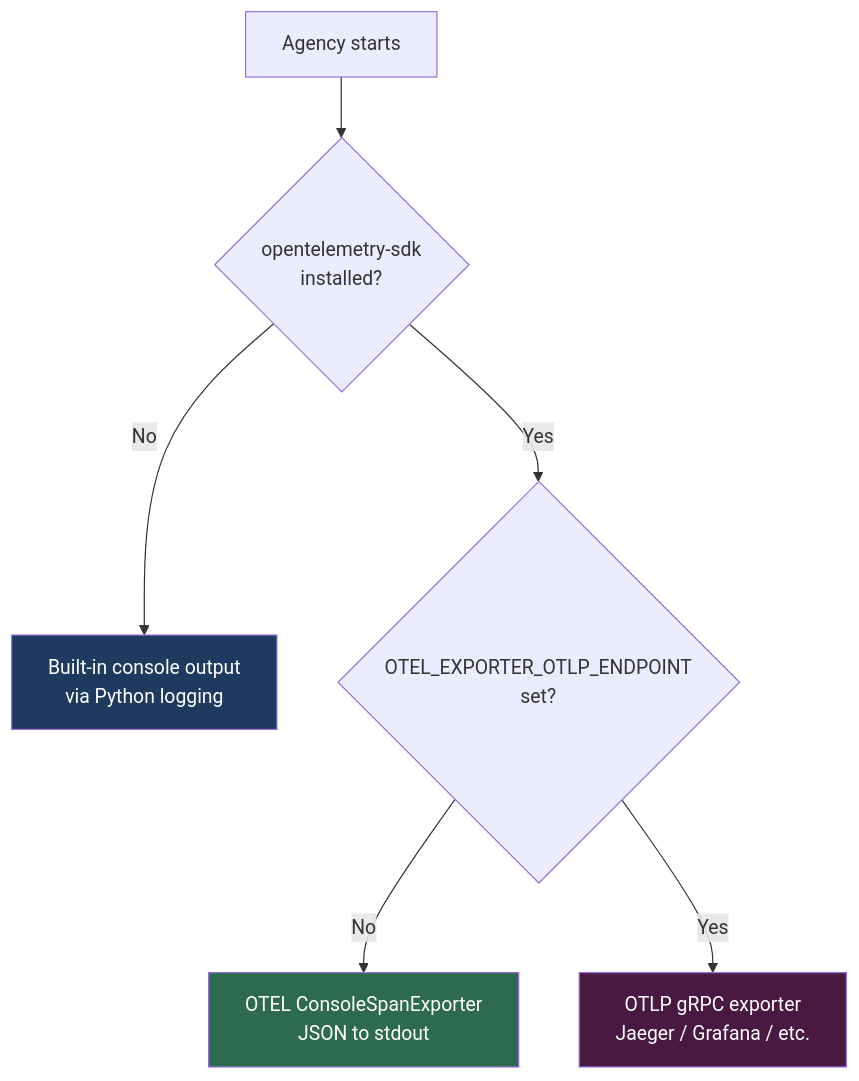
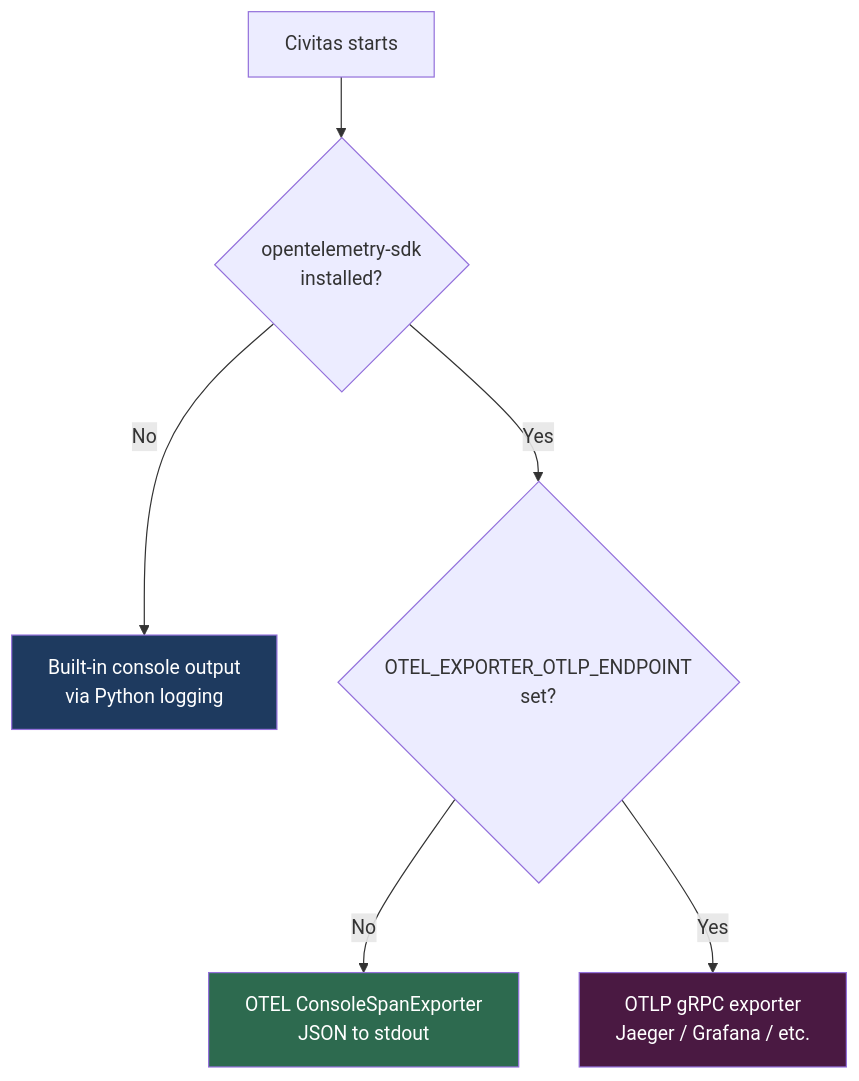
The first of 2 diagrams in docs/observability.md (jerynmathew/python-civitas), drawn with Mermaid before and after one commit. The commit also changed other lines of this file and 190 other files, not shown here.

First line of the commit message:
rename: agency → civitas

````diff
--- a/docs/observability.md
+++ b/docs/observability.md
@@ -31,12 +31,12 @@
 ```mermaid
 flowchart TD
-    A["Agency starts"] --> B{"opentelemetry-sdk\ninstalled?"}
+    A["Civitas starts"] --> B{"opentelemetry-sdk\ninstalled?"}
     B -->|"No"| C["Built-in console output\nvia Python logging"]
     B -->|"Yes"| D{"OTEL_EXPORTER_OTLP_ENDPOINT\nset?"}
     D -->|"No"| E["OTEL ConsoleSpanExporter\nJSON to stdout"]
     D -->|"Yes"| F["OTLP gRPC exporter\nJaeger / Grafana / etc."]
 
     style C fill:#1e3a5f,color:#fff
     style E fill:#2d6a4f,color:#fff
     style F fill:#4a1942,color:#fff
 ```
````
